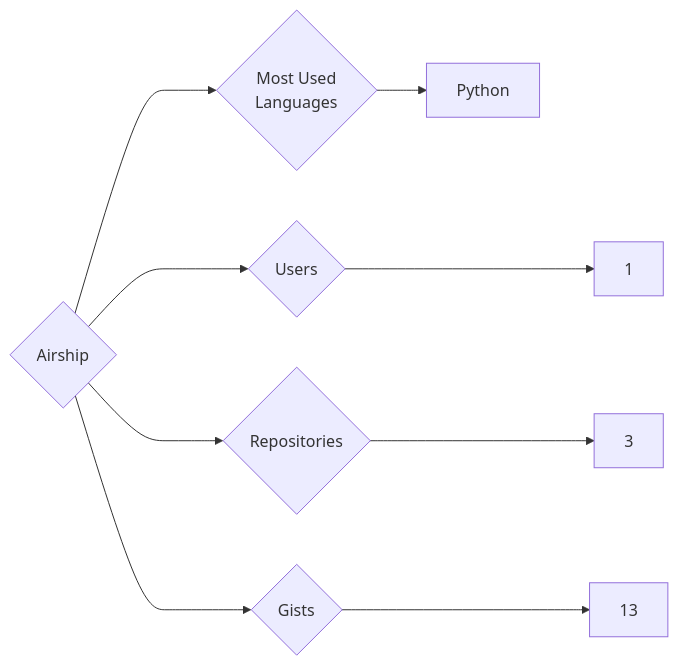
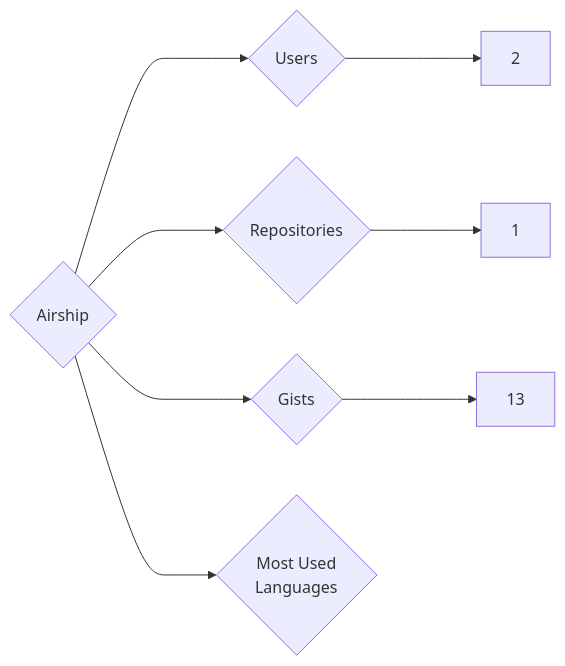
The diagram in targets/Airship/README.md (trickest/insiders), drawn with Mermaid before and after one commit. The commit also changed 636 other files, not shown here.

````diff
--- a/targets/Airship/README.md
+++ b/targets/Airship/README.md
@@ -3,9 +3,8 @@
 ```mermaid
 graph LR
 COMPANY_NAME{Airship}
-COMPANY_NAME ---> U{Users} ---> UN[1]
-COMPANY_NAME ---> R{Repositories} ---> RN[3]
+COMPANY_NAME ---> U{Users} ---> UN[2]
+COMPANY_NAME ---> R{Repositories} ---> RN[1]
 COMPANY_NAME ---> G{Gists} ---> GN[13]
 COMPANY_NAME ---> ML{Most Used<br>Languages}
-ML --> Python[Python]
 ```
````
